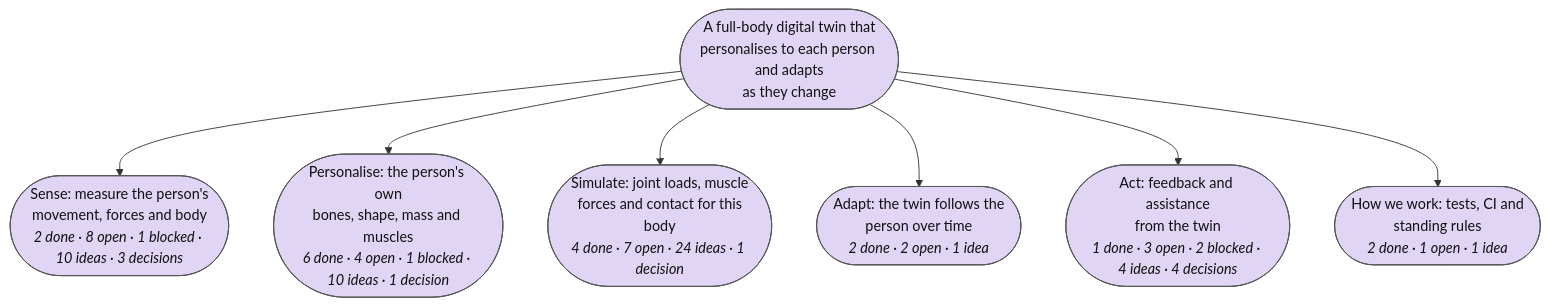
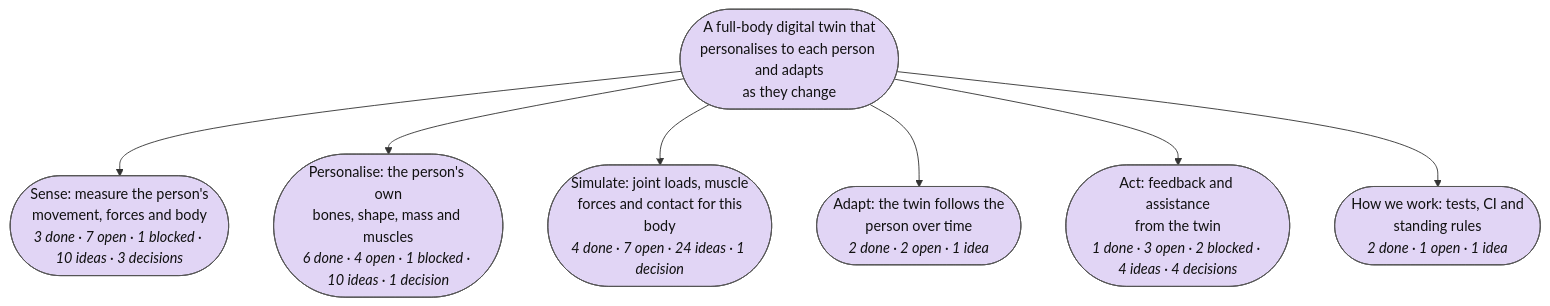
The first of 7 diagrams in plan/MAP.md (Sigurius23/Rehab-agent), drawn with Mermaid before and after one commit. The commit also changed other lines of this file and 6 other files, not shown here.

````diff
--- a/plan/MAP.md
+++ b/plan/MAP.md
@@ -9,35 +9,35 @@
 ```mermaid
 flowchart TB
   r(["A full-body digital twin that<br/>personalises to each person and adapts<br/>as they change"]):::goal_open
-  p0(["Sense: measure the person's<br/>movement, forces and body<br/><i>2 done · 8 open · 1 blocked · 10 ideas · 3 decisions</i>"]):::goal_open
+  p0(["Sense: measure the person's<br/>movement, forces and body<br/><i>3 done · 7 open · 1 blocked · 10 ideas · 3 decisions</i>"]):::goal_open
   r --> p0
   p1(["Personalise: the person's own<br/>bones, shape, mass and muscles<br/><i>6 done · 4 open · 1 blocked · 10 ideas · 1 decision</i>"]):::goal_open
   r --> p1
   p2(["Simulate: joint loads, muscle<br/>forces and contact for this<br/>body<br/><i>4 done · 7 open · 24 ideas · 1 decision</i>"]):::goal_open
   r --> p2
   p3(["Adapt: the twin follows the<br/>person over time<br/><i>2 done · 2 open · 1 idea</i>"]):::goal_open
   r --> p3
   p4(["Act: feedback and assistance<br/>from the twin<br/><i>1 done · 3 open · 2 blocked · 4 ideas · 4 decisions</i>"]):::goal_open
   r --> p4
   p5(["How we work: tests, CI and<br/>standing rules<br/><i>2 done · 1 open · 1 idea</i>"]):::goal_open
   r --> p5
   classDef goal_open fill:#e1d5f5,stroke:#555,color:#111
   classDef goal_done fill:#c8e6c9,stroke:#555,color:#111
   classDef step_open fill:#ffffff,stroke:#555,color:#111
   classDef step_doing fill:#fff3c4,stroke:#555,color:#111
   classDef step_done fill:#c8e6c9,stroke:#555,color:#111
   classDef step_blocked fill:#ffe0b2,stroke:#555,color:#111
   classDef step_dropped fill:#eeeeee,stroke:#555,color:#111
   classDef test_planned fill:#ffffff,stroke:#555,color:#111
   classDef test_running fill:#fff3c4,stroke:#555,color:#111
   classDef test_passed fill:#c8e6c9,stroke:#555,color:#111
   classDef test_failed fill:#ffcdd2,stroke:#555,color:#111
   classDef test_mixed fill:#fff3c4,stroke:#555,color:#111
   classDef test_dropped fill:#eeeeee,stroke:#555,color:#111
   classDef idea_new fill:#d7f0f7,stroke:#555,color:#111,stroke-dasharray: 4 3
   classDef idea_promoted fill:#eeeeee,stroke:#555,color:#111,stroke-dasharray: 4 3
   classDef idea_dropped fill:#eeeeee,stroke:#555,color:#111,stroke-dasharray: 4 3
   classDef decision_open fill:#ffe0b2,stroke:#555,color:#111
   classDef decision_decided fill:#ffe0b2,stroke:#555,color:#111
   classDef external fill:#f5f5f5,stroke:#aaa,color:#777,stroke-dasharray: 2 2
 ```
````
